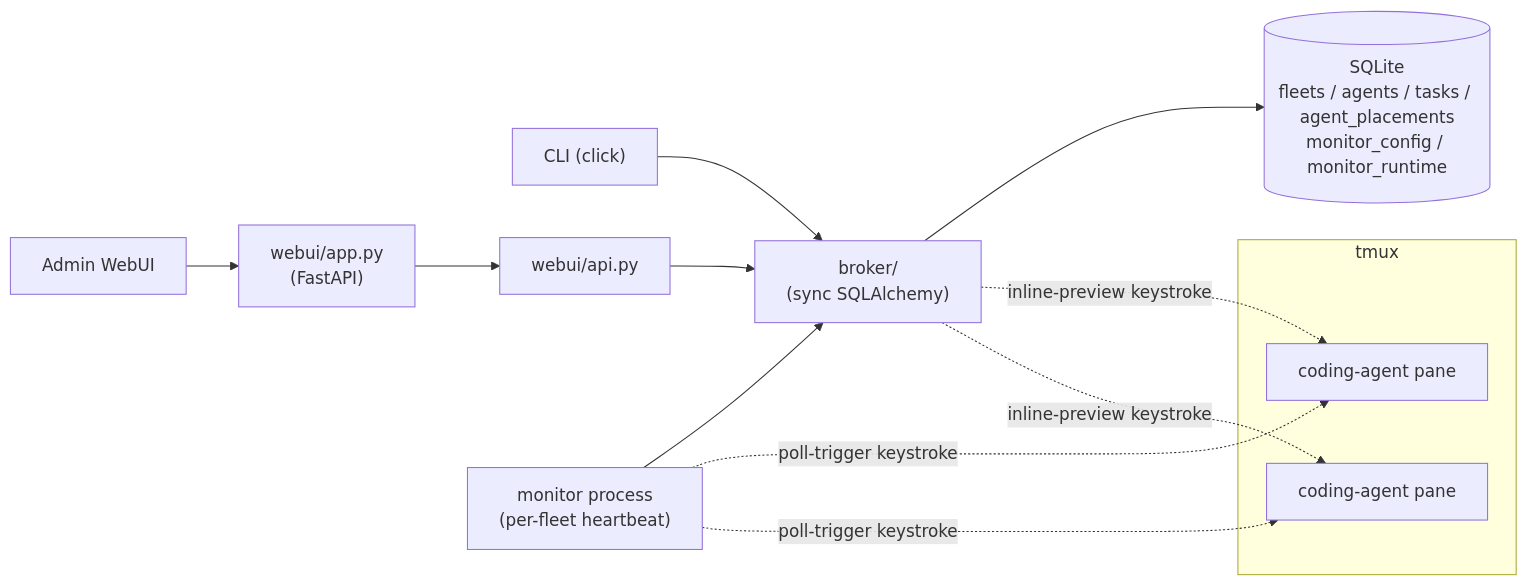
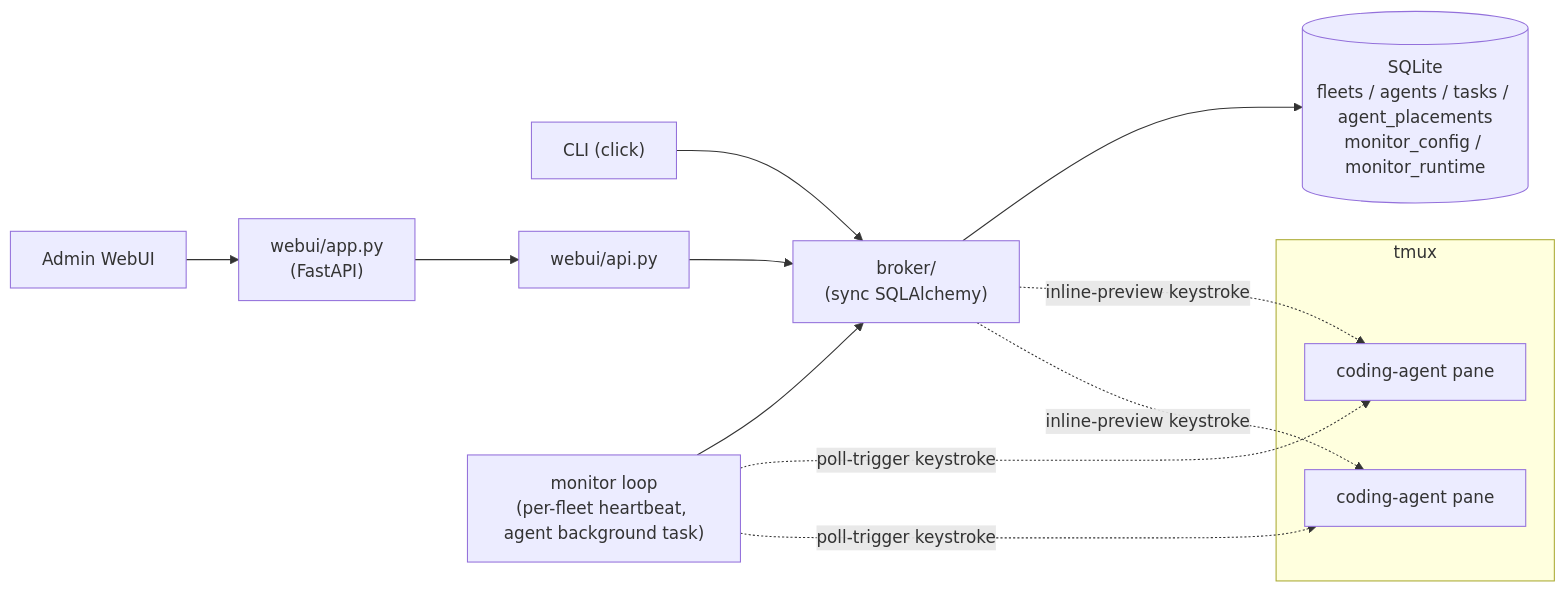
Before and after one commit to himkt/cafleet: the diagram in docs/concepts/overview.md, drawn with Mermaid. The commit also changed other lines of this file and 28 other files, not shown here.

Commit message:
feat: rework monitor to agent-run foreground loop; remove detached process, PID file, and stop (design 0000087 R1)

````diff
--- a/docs/concepts/overview.md
+++ b/docs/concepts/overview.md
@@ -32,18 +32,18 @@
 ```mermaid
 %%{init: {'theme': 'default', 'themeVariables': {'fontSize': '16px'}}}%%
 flowchart LR
     CLI["CLI (click)"] --> Broker["broker/<br/>(sync SQLAlchemy)"]
     WebUI["Admin WebUI"] --> Server["webui/app.py<br/>(FastAPI)"]
     Server --> WebUIAPI["webui/api.py"]
     WebUIAPI --> Broker
-    Monitor["monitor process<br/>(per-fleet heartbeat)"] --> Broker
+    Monitor["monitor loop<br/>(per-fleet heartbeat, agent background task)"] --> Broker
     Broker --> DB[(SQLite<br/>fleets / agents / tasks / agent_placements<br/>monitor_config / monitor_runtime)]
     subgraph Multiplexer["tmux"]
         PaneA["coding-agent pane"]
         PaneB["coding-agent pane"]
     end
     Broker -. inline-preview keystroke .-> PaneA
     Broker -. inline-preview keystroke .-> PaneB
     Monitor -. poll-trigger keystroke .-> PaneA
     Monitor -. poll-trigger keystroke .-> PaneB
 ```
````
